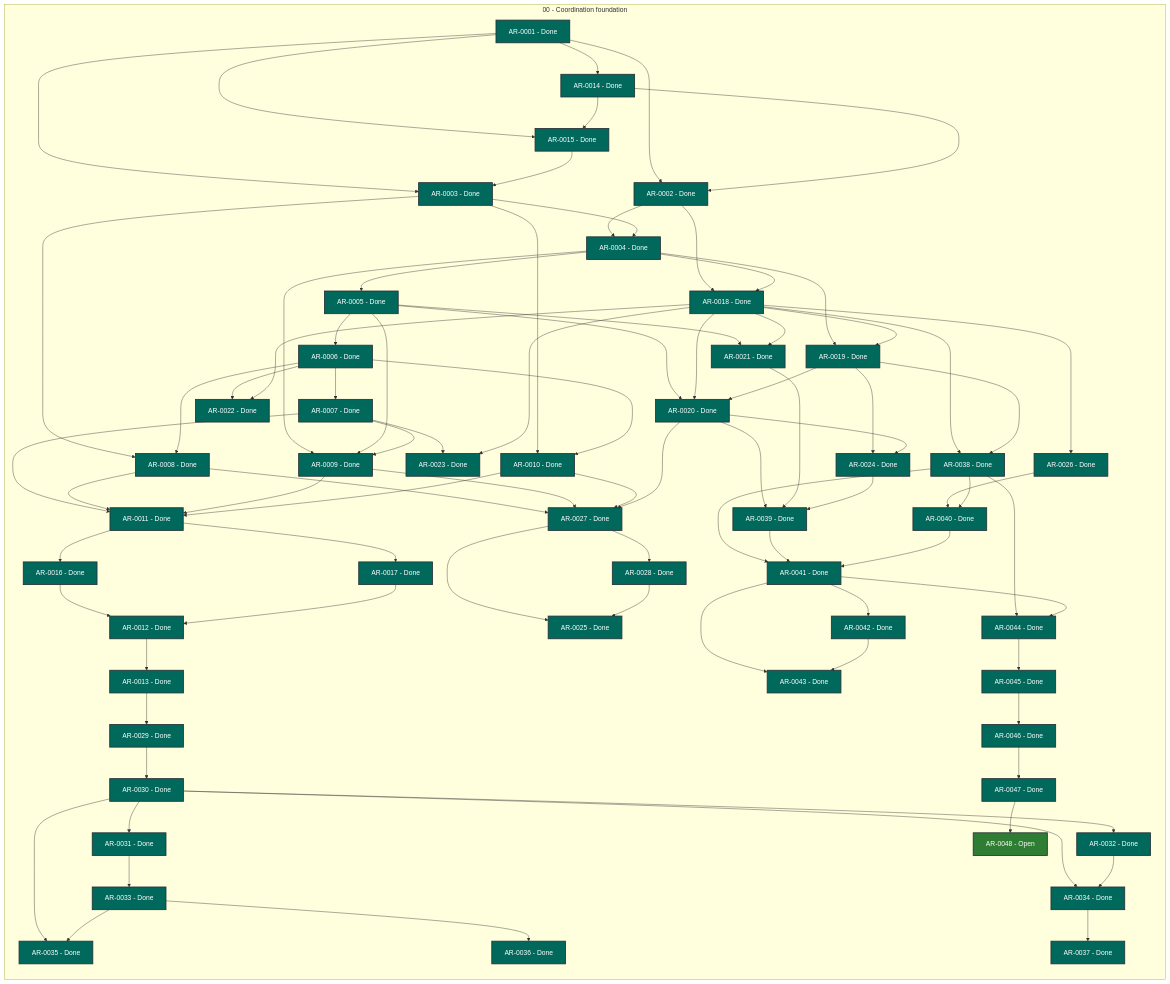
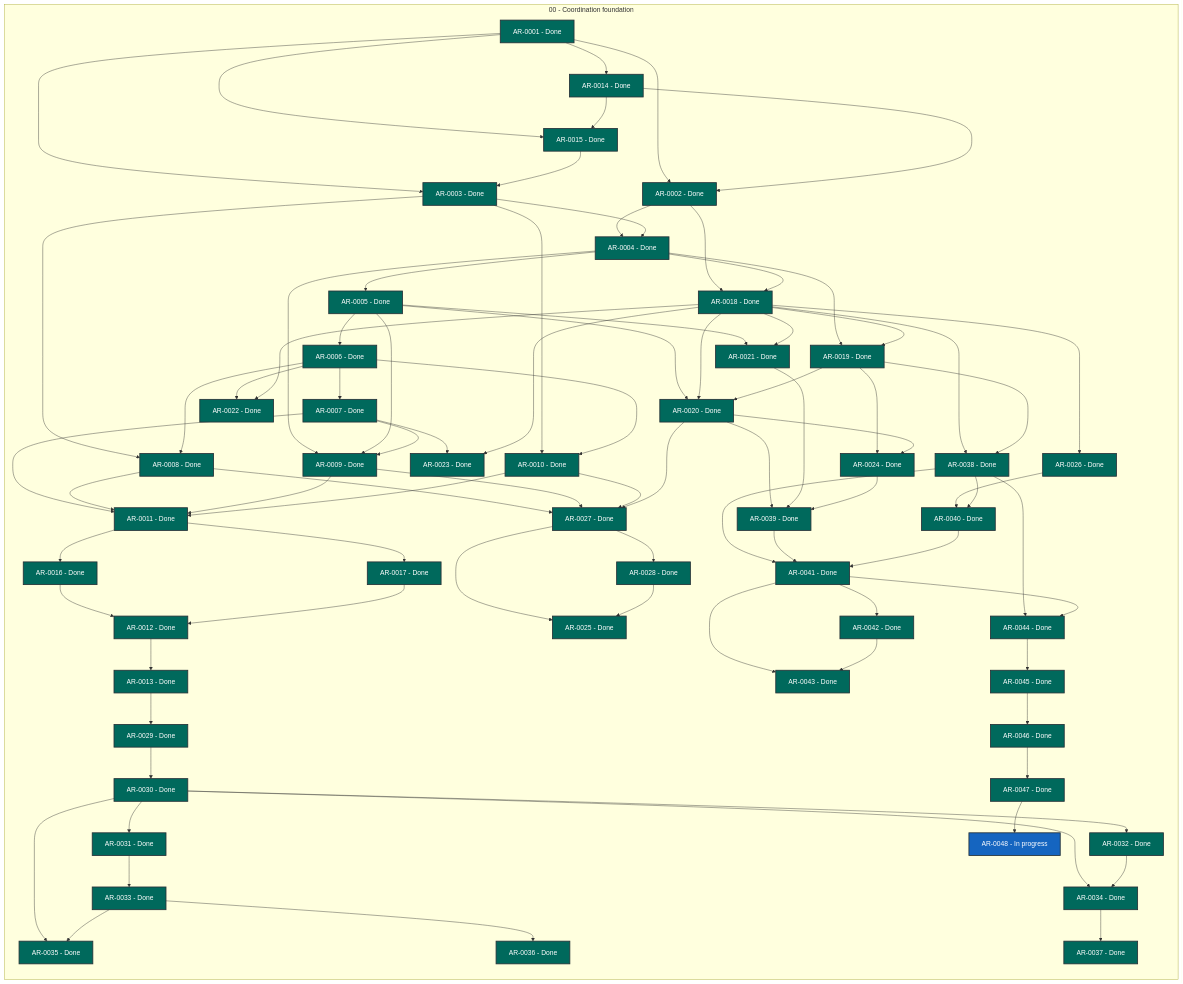
One commit to martin-beck/agent-workflow-tui-state changed the diagram in STATUS.md. Above: the diagram before and after it, drawn with Mermaid. The commit also changed other lines of this file and 2 other files, not shown here.

```diff
--- a/STATUS.md
+++ b/STATUS.md
@@ -75,7 +75,7 @@
         AR_0045["AR-0045 - Done"]:::status_done
         AR_0046["AR-0046 - Done"]:::status_done
         AR_0047["AR-0047 - Done"]:::status_done
-        AR_0048["AR-0048 - Open"]:::status_open
+        AR_0048["AR-0048 - In progress"]:::status_in_progress
     end
     AR_0001 --> AR_0002
     AR_0001 --> AR_0003
```
